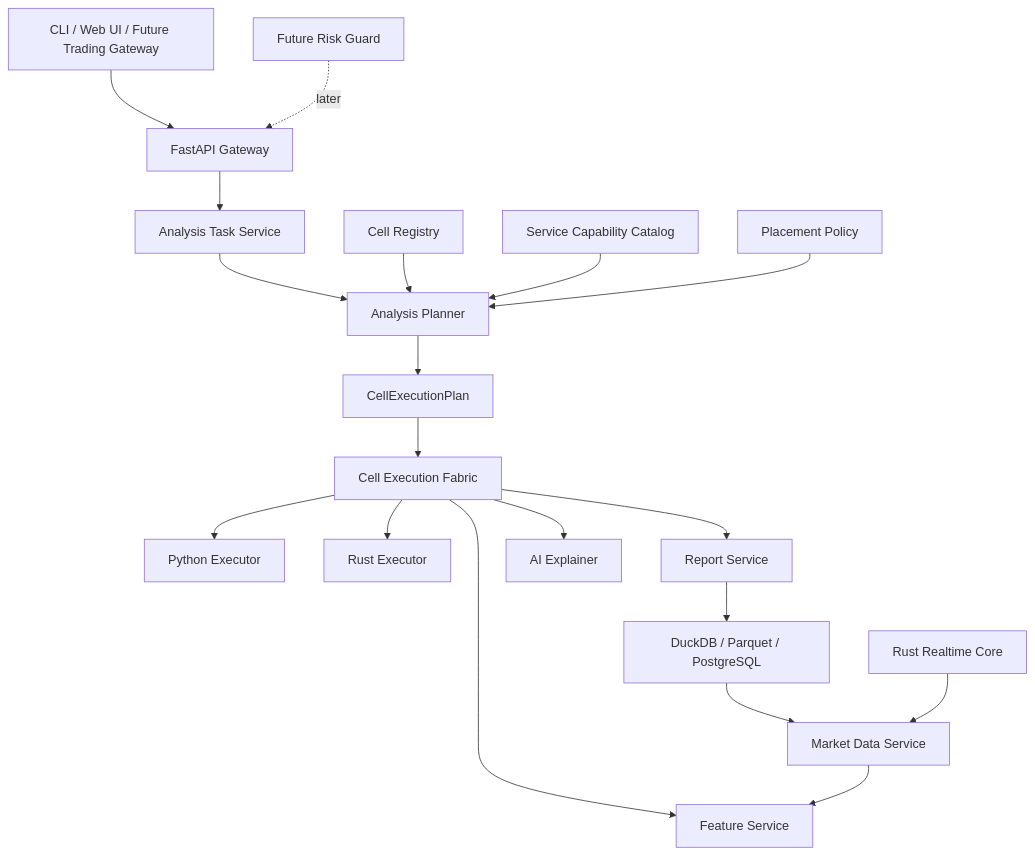
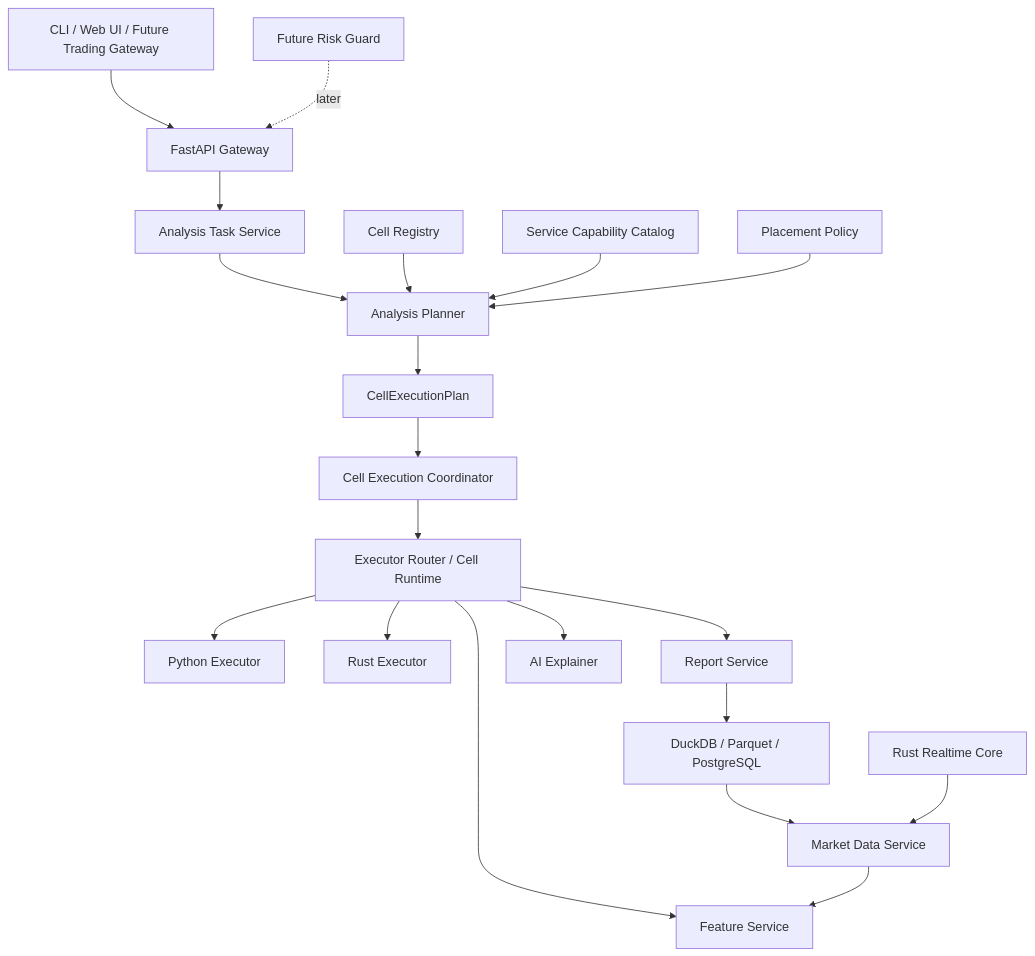
One commit to ModWU/market-cell changed the first of 4 diagrams in docs/backend_architecture.md. Above: the diagram before and after it, drawn with Mermaid. The commit also changed other lines of this file and 24 other files, not shown here.

Commit message:
Add plan-driven local coordinator

````diff
--- a/docs/backend_architecture.md
+++ b/docs/backend_architecture.md
@@ -33,23 +33,24 @@
 ```mermaid
 flowchart TD
     Client["CLI / Web UI / Future Trading Gateway"] --> API["FastAPI Gateway"]
     API --> Task["Analysis Task Service"]
     Task --> Planner["Analysis Planner"]
     Registry["Cell Registry"] --> Planner
     Catalog["Service Capability Catalog"] --> Planner
     Policy["Placement Policy"] --> Planner
     Planner --> Plan["CellExecutionPlan"]
-    Plan --> Runtime["Cell Execution Fabric"]
+    Plan --> Coordinator["Cell Execution Coordinator"]
+    Coordinator --> Runtime["Executor Router / Cell Runtime"]
     Runtime --> PyExecutor["Python Executor"]
     Runtime --> RustExecutor["Rust Executor"]
     Runtime --> Feature["Feature Service"]
     Runtime --> Report["Report Service"]
     Runtime --> AI["AI Explainer"]
 
     Data["Market Data Service"] --> Feature
     Storage["DuckDB / Parquet / PostgreSQL"] --> Data
     Report --> Storage
 
     Rust["Rust Realtime Core"] --> Data
     Risk["Future Risk Guard"] -. later .-> API
 ```
````
